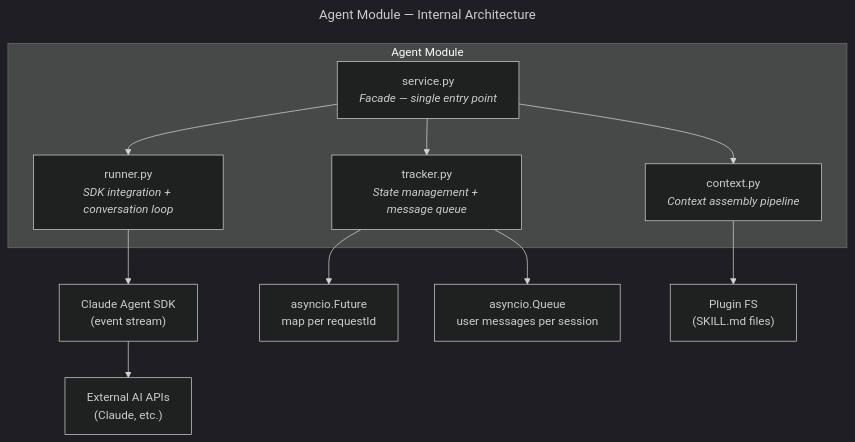
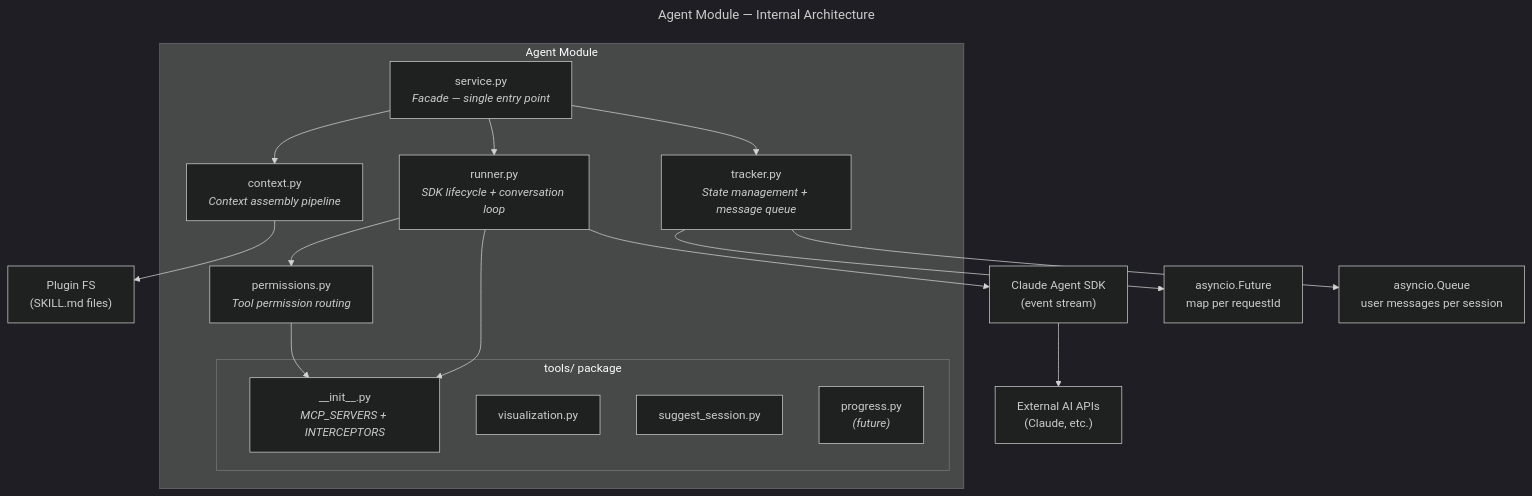
One commit to JetBrains/thinkrail changed the fifth of 5 diagrams in backend/app/agent/README.md. Above: the diagram before and after it, drawn with Mermaid (dark theme). The commit also changed other lines of this file and 6 other files, not shown here.

First line of the commit message:
redesign agent tools: extract into self-contained tools/ package

````diff
--- a/backend/app/agent/README.md
+++ b/backend/app/agent/README.md
@@ -205,26 +205,36 @@
 ```mermaid
 ---
 title: Agent Module — Internal Architecture
 ---
 graph TD
     subgraph AgentModule["Agent Module"]
         Service["service.py<br/><i>Facade — single entry point</i>"]
         Context["context.py<br/><i>Context assembly pipeline</i>"]
-        Runner["runner.py<br/><i>SDK integration + conversation loop</i>"]
+        Runner["runner.py<br/><i>SDK lifecycle + conversation loop</i>"]
+        Permissions["permissions.py<br/><i>Tool permission routing</i>"]
         Tracker["tracker.py<br/><i>State management + message queue</i>"]
+        subgraph Tools["tools/ package"]
+            ToolsInit["__init__.py<br/><i>MCP_SERVERS + INTERCEPTORS</i>"]
+            Viz["visualization.py"]
+            Suggest["suggest_session.py"]
+            Progress["progress.py<br/><i>(future)</i>"]
+        end
     end
 
     SDK["Claude Agent SDK<br/>(event stream)"]
     AI["External AI APIs<br/>(Claude, etc.)"]
     Futures["asyncio.Future<br/>map per requestId"]
     Queue["asyncio.Queue<br/>user messages per session"]
     PluginFS["Plugin FS<br/>(SKILL.md files)"]
 
     Service --> Context
     Service --> Runner
     Service --> Tracker
     Context --> PluginFS
+    Runner --> Permissions
+    Runner --> ToolsInit
+    Permissions --> ToolsInit
     Runner --> SDK --> AI
     Tracker --> Futures
     Tracker --> Queue
 ```
````
